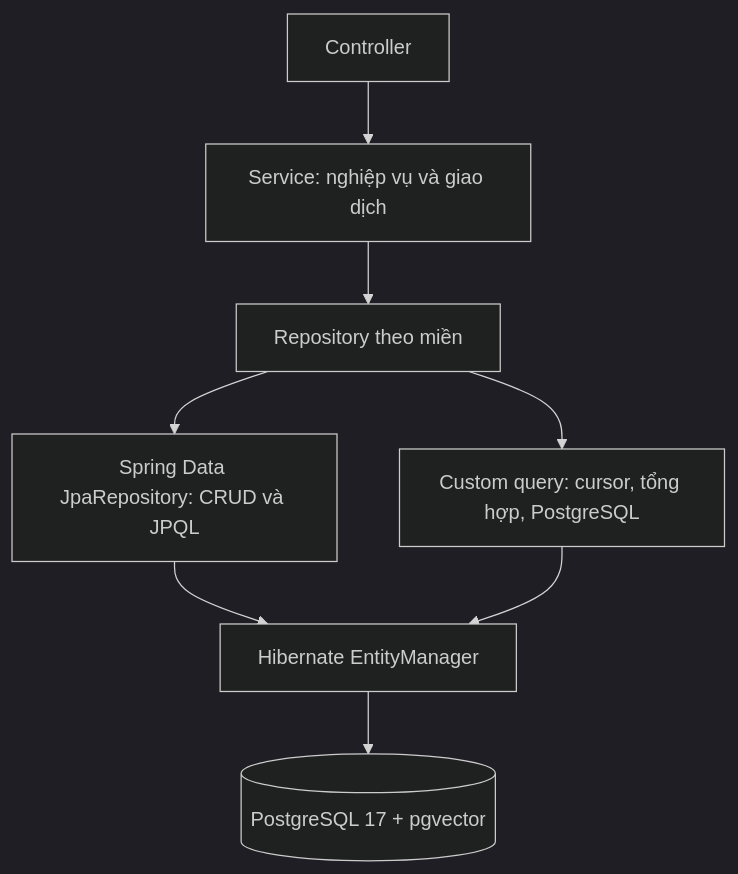
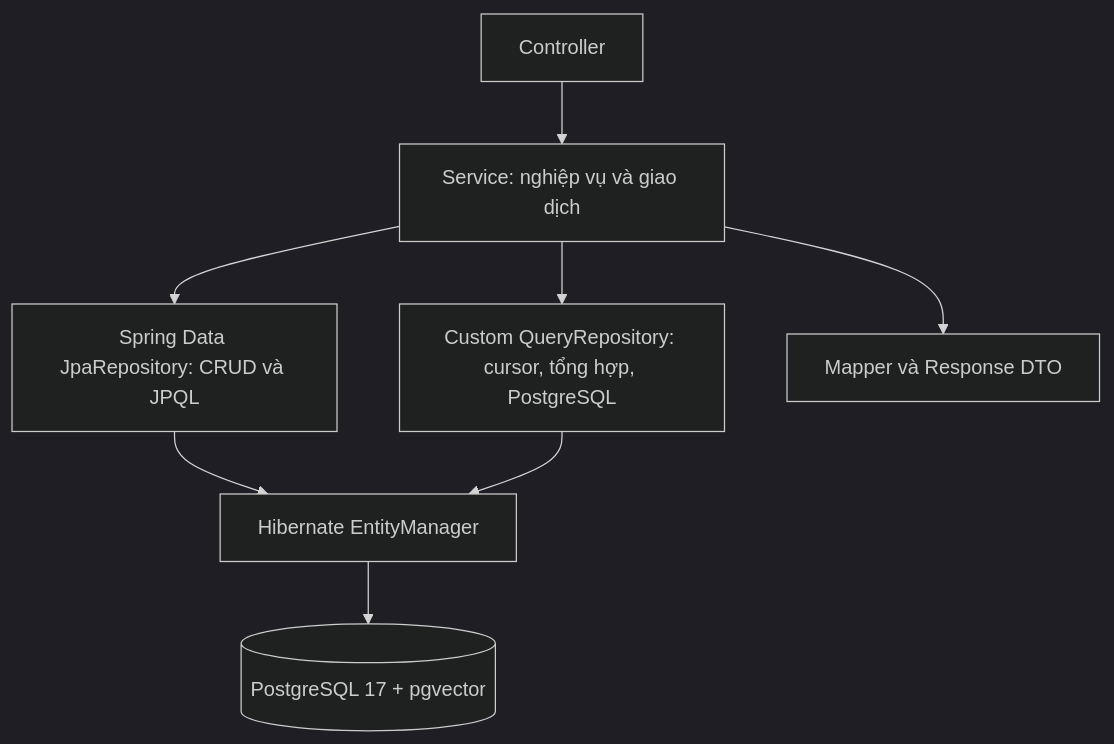
The diagram in docs/backend-persistence.md (LuuDinhTheTai/utc-rag-chatbot), drawn with Mermaid (dark theme) before and after one commit. The commit also changed other lines of this file and 121 other files, not shown here.

````diff
--- a/docs/backend-persistence.md
+++ b/docs/backend-persistence.md
@@ -3,10 +3,10 @@
 ```mermaid
 flowchart TD
     C[Controller] --> S[Service: nghiệp vụ và giao dịch]
-    S --> R[Repository theo miền]
-    R --> J[Spring Data JpaRepository: CRUD và JPQL]
+    S --> J[Spring Data JpaRepository: CRUD và JPQL]
     J --> E[Hibernate EntityManager]
-    R --> N[Custom query: cursor, tổng hợp, PostgreSQL]
+    S --> N[Custom QueryRepository: cursor, tổng hợp, PostgreSQL]
+    S --> M[Mapper và Response DTO]
     N --> E
     E --> DB[(PostgreSQL 17 + pgvector)]
 ```
````
